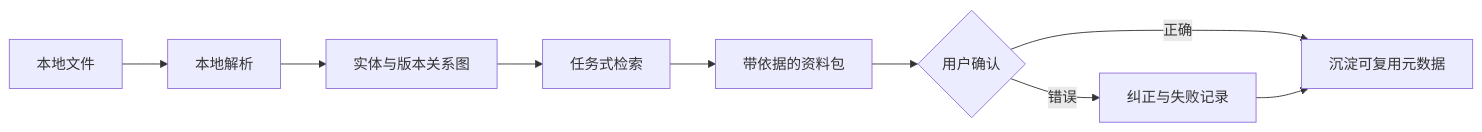
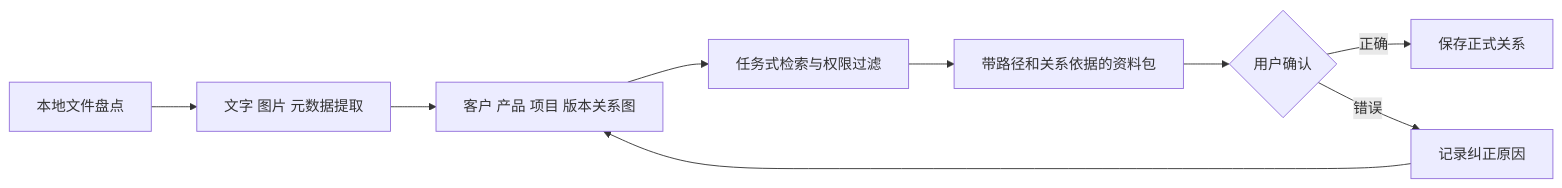
One commit to WhiteSailLabs/WhiteSailLabs changed the diagram in case-studies/local-asset-navigator.zh-CN.md. Above: the diagram before and after it, drawn with Mermaid. The commit also changed other lines of this file and 11 other files, not shown here.

````diff
--- a/case-studies/local-asset-navigator.zh-CN.md
+++ b/case-studies/local-asset-navigator.zh-CN.md
@@ -26,11 +45,11 @@
 ```mermaid
 flowchart LR
-    A[本地文件] --> B[本地解析]
-    B --> C[实体与版本关系图]
-    C --> D[任务式检索]
-    D --> E[带依据的资料包]
+    A[本地文件盘点] --> B[文字 图片 元数据提取]
+    B --> C[客户 产品 项目 版本关系图]
+    C --> D[任务式检索与权限过滤]
+    D --> E[带路径和关系依据的资料包]
     E --> F{用户确认}
-    F -- 正确 --> G[沉淀可复用元数据]
-    F -- 错误 --> H[纠正与失败记录]
-    H --> G
+    F -- 正确 --> G[保存正式关系]
+    F -- 错误 --> H[记录纠正原因]
+    H --> C
 ```
````
